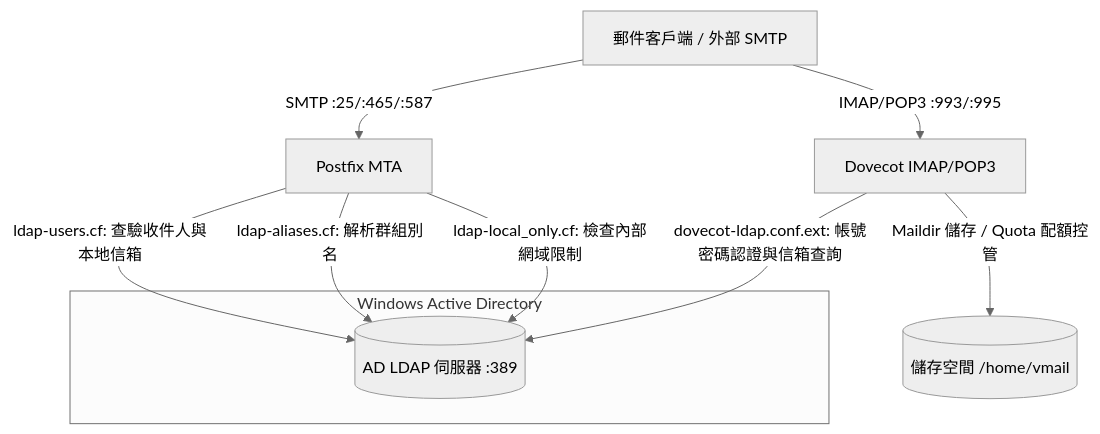
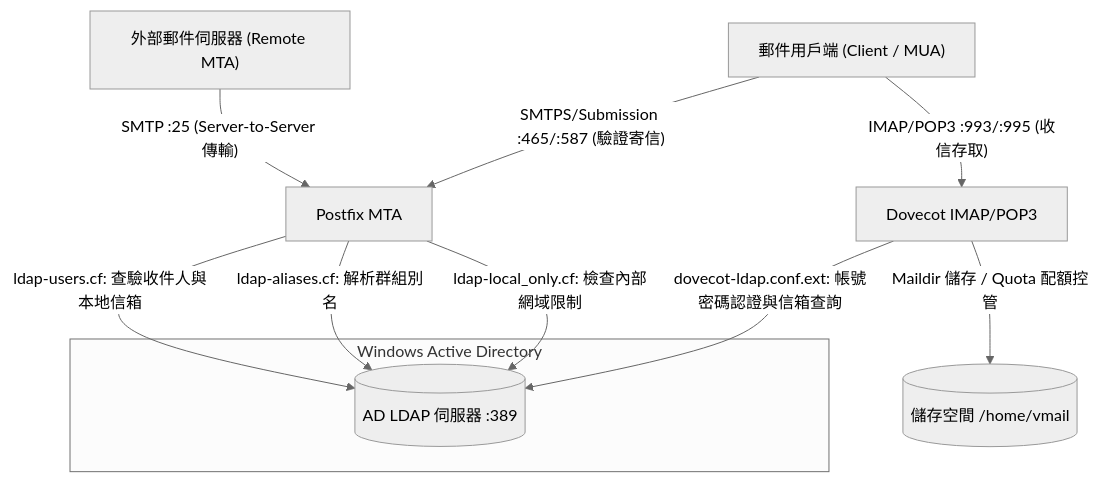
One commit to WilliamFromTW/docker-Postfix-AD changed the first of 3 diagrams in ARCHITECTURE.zh-TW.md. Above: the diagram before and after it, drawn with Mermaid (neutral theme). The commit also changed 4 other files, not shown here.

Commit message:
docs: separate Port 25 server relay and Port 465/587 client submission in architecture diagrams

````diff
--- a/ARCHITECTURE.zh-TW.md
+++ b/ARCHITECTURE.zh-TW.md
@@ -21,15 +21,16 @@
 ```mermaid
 graph TD
-    Client["郵件客戶端 / 外部 SMTP"] -->|SMTP :25/:465/:587| Postfix["Postfix MTA"]
-    Client -->|IMAP/POP3 :993/:995| Dovecot["Dovecot IMAP/POP3"]
+    RemoteMTA["外部郵件伺服器 (Remote MTA)"] -->|"SMTP :25 (Server-to-Server 傳輸)"| Postfix["Postfix MTA"]
+    Client["郵件用戶端 (Client / MUA)"] -->|"SMTPS/Submission :465/:587 (驗證寄信)"| Postfix
+    Client -->|"IMAP/POP3 :993/:995 (收信存取)"| Dovecot["Dovecot IMAP/POP3"]
     
     subgraph AD_DC ["Windows Active Directory"]
         AD[("AD LDAP 伺服器 :389")]
     end
 
     Postfix -->|ldap-users.cf: 查驗收件人與本地信箱| AD
     Postfix -->|ldap-aliases.cf: 解析群組別名| AD
     Postfix -->|ldap-local_only.cf: 檢查內部網域限制| AD
     Dovecot -->|dovecot-ldap.conf.ext: 帳號密碼認證與信箱查詢| AD
     Dovecot -->|Maildir 儲存 / Quota 配額控管| VMail[("儲存空間 /home/vmail")]
 ```
````
